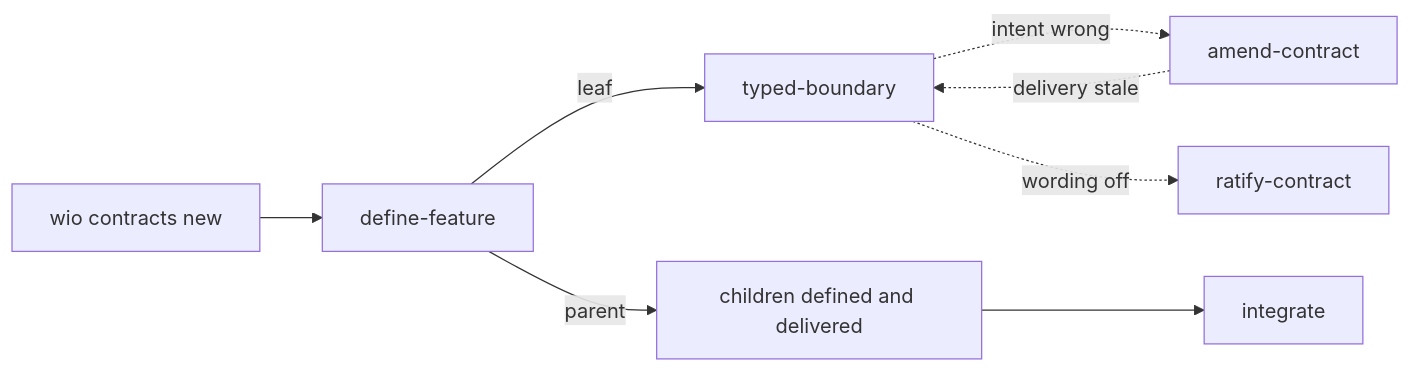
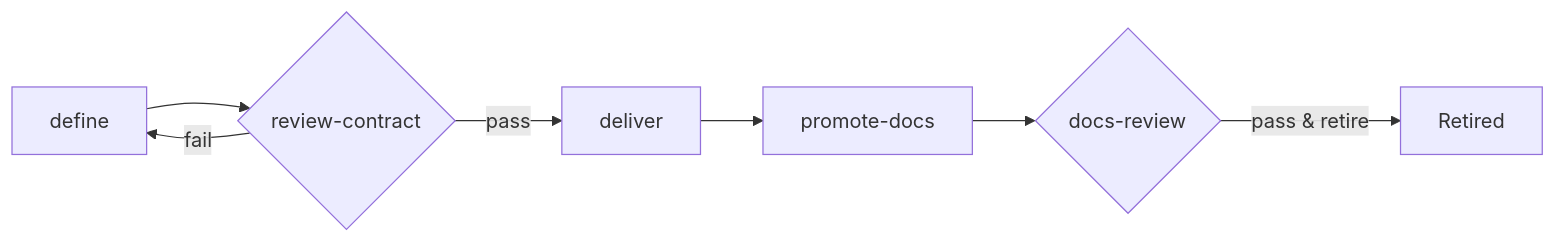
One commit to msitarz/wio changed the diagram in docs/workflow.md. Above: the diagram before and after it, drawn with Mermaid. The commit also changed other lines of this file and 1 other file, not shown here.

First line of the commit message:
docs: trim AGENTS.md and docs/workflow.md for full wio workflow (#230)

````diff
--- a/docs/workflow.md
+++ b/docs/workflow.md
@@ -25,10 +16,8 @@
 ```mermaid
 flowchart LR
-    N[wio contracts new] --> D[define-feature]
-    D -->|leaf| TB[typed-boundary]
-    D -->|parent| CH[children defined and delivered]
-    CH --> I[integrate]
-    TB -.->|intent wrong| AM[amend-contract]
-    TB -.->|wording off| RA[ratify-contract]
-    AM -.->|delivery stale| TB
+    D[define] --> RC{review-contract}
+    RC -->|pass| DEL[deliver]
+    RC -->|fail| D
+    DEL --> PD[promote-docs] --> DR{docs-review}
+    DR -->|pass & retire| END[Retired]
 ```
````
